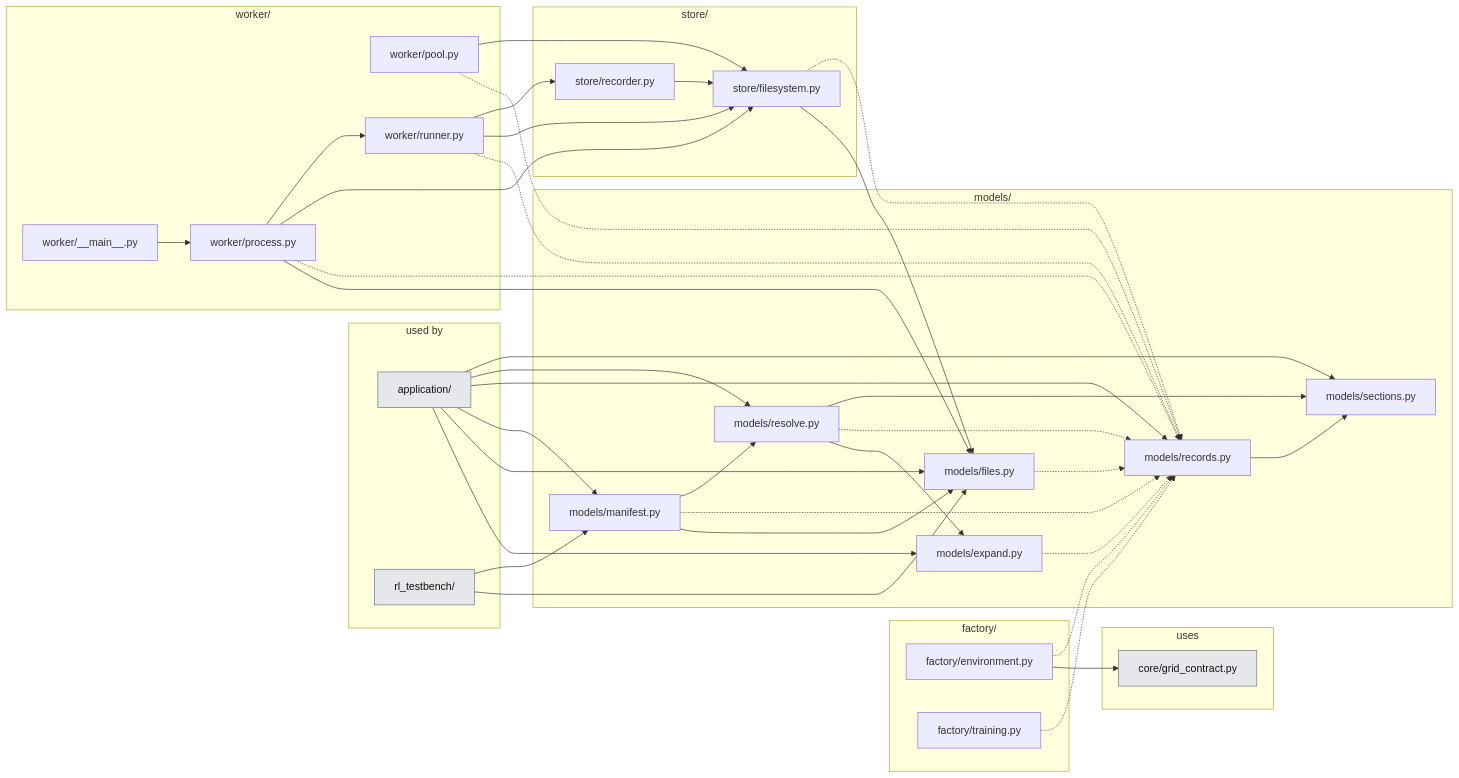
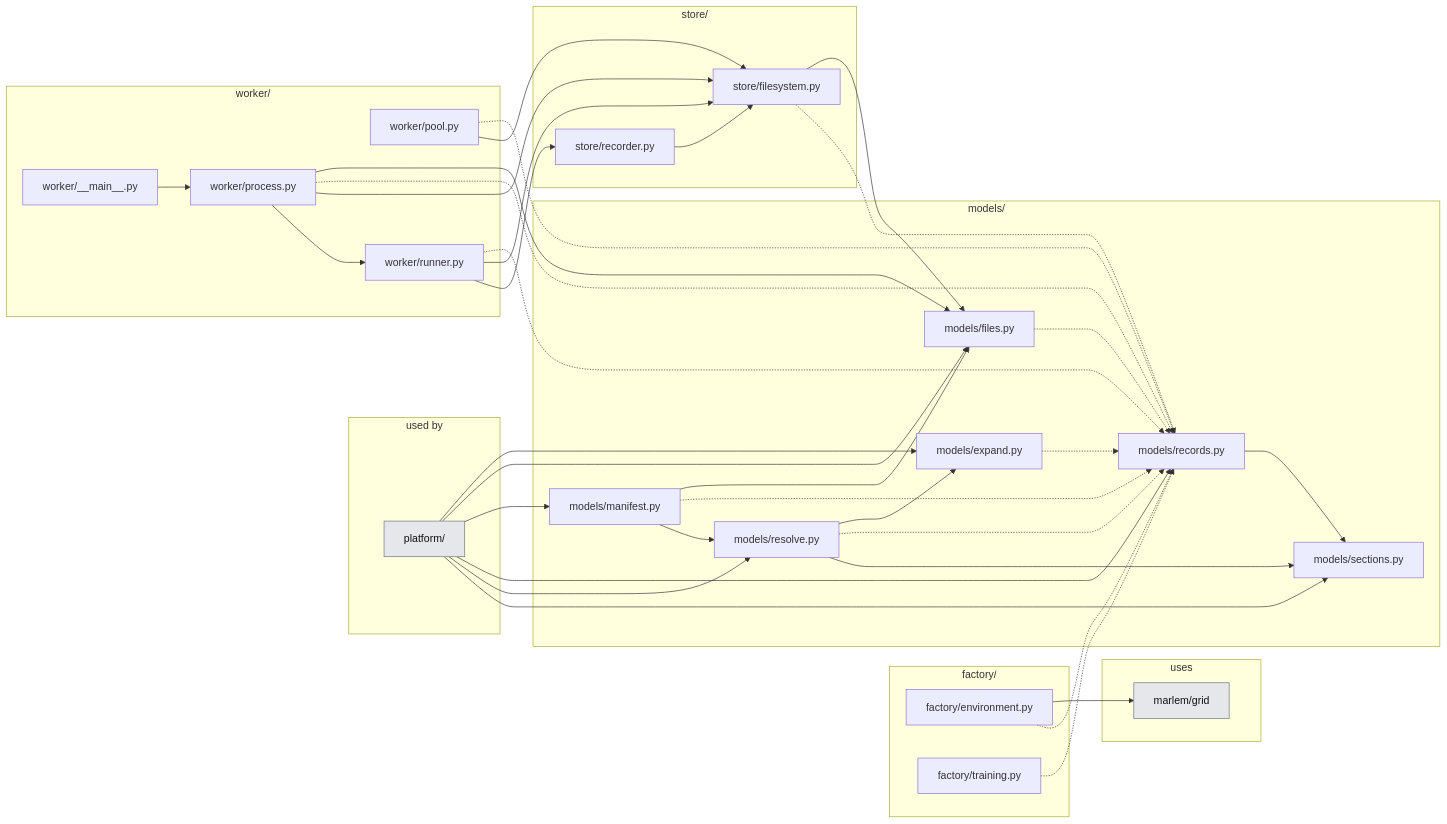
One commit to KevinRapo/P2P-thesis changed the second of 4 diagrams in docs_thesis/thesis/architecture/03-experiment-layer.md. Above: the diagram before and after it, drawn with Mermaid. The commit also changed other lines of this file and 21 other files, not shown here.

````diff
--- a/docs_thesis/thesis/architecture/03-experiment-layer.md
+++ b/docs_thesis/thesis/architecture/03-experiment-layer.md
@@ -45,66 +45,63 @@
 ```mermaid
 flowchart LR
   subgraph USERS["used by"]
-    n_application__users_["application/"]:::ext
-    n_rl_testbench__users_["rl_testbench/"]:::ext
+    n_platform__users_["platform/"]:::ext
   end
   subgraph g_factory["factory/"]
-    n_experiments_factory_environment["factory/environment.py"]
-    n_experiments_factory_training["factory/training.py"]
+    n_platform_experiments_factory_environment["factory/environment.py"]
+    n_platform_experiments_factory_training["factory/training.py"]
   end
   subgraph g_models["models/"]
-    n_experiments_models_expand["models/expand.py"]
-    n_experiments_models_files["models/files.py"]
-    n_experiments_models_manifest["models/manifest.py"]
-    n_experiments_models_records["models/records.py"]
-    n_experiments_models_resolve["models/resolve.py"]
-    n_experiments_models_sections["models/sections.py"]
+    n_platform_experiments_models_expand["models/expand.py"]
+    n_platform_experiments_models_files["models/files.py"]
+    n_platform_experiments_models_manifest["models/manifest.py"]
+    n_platform_experiments_models_records["models/records.py"]
+    n_platform_experiments_models_resolve["models/resolve.py"]
+    n_platform_experiments_models_sections["models/sections.py"]
   end
   subgraph g_store["store/"]
-    n_experiments_store_filesystem["store/filesystem.py"]
-    n_experiments_store_recorder["store/recorder.py"]
+    n_platform_experiments_store_filesystem["store/filesystem.py"]
+    n_platform_experiments_store_recorder["store/recorder.py"]
   end
   subgraph g_worker["worker/"]
-    n_experiments_worker___main__["worker/__main__.py"]
-    n_experiments_worker_pool["worker/pool.py"]
-    n_experiments_worker_process["worker/process.py"]
-    n_experiments_worker_runner["worker/runner.py"]
+    n_platform_experiments_worker___main__["worker/__main__.py"]
+    n_platform_experiments_worker_pool["worker/pool.py"]
+    n_platform_experiments_worker_process["worker/process.py"]
+    n_platform_experiments_worker_runner["worker/runner.py"]
   end
   subgraph USES["uses"]
-    n_core_grid_contract["core/grid_contract.py"]:::ext
+    n_marlem_grid["marlem/grid"]:::ext
   end
-  n_application__users_ --> n_experiments_models_expand
-  n_application__users_ --> n_experiments_models_files
-  n_application__users_ --> n_experiments_models_manifest
-  n_application__users_ --> n_experiments_models_records
-  n_application__users_ --> n_experiments_models_resolve
-  n_application__users_ --> n_experiments_models_sections
-  n_experiments_factory_environment --> n_core_grid_contract
-  n_experiments_factory_environment -.-> n_experiments_models_records
-  n_experiments_factory_training -.-> n_experiments_models_records
-  n_experiments_models_expand -.-> n_experiments_models_records
-  n_experiments_models_files -.-> n_experiments_models_records
-  n_experiments_models_manifest --> n_experiments_models_files
-  n_experiments_models_manifest -.-> n_experiments_models_records
-  n_experiments_models_manifest --> n_experiments_models_resolve
-  n_experiments_models_records --> n_experiments_models_sections
-  n_experiments_models_resolve --> n_experiments_models_expand
-  n_experiments_models_resolve -.-> n_experiments_models_records
-  n_experiments_models_resolve --> n_experiments_models_sections
-  n_experiments_store_filesystem --> n_experiments_models_files
-  n_experiments_store_filesystem -.-> n_experiments_models_records
-  n_experiments_store_recorder --> n_experiments_store_filesystem
-  n_experiments_worker___main__ --> n_experiments_worker_process
-  n_experiments_worker_pool -.-> n_experiments_models_records
-  n_experiments_worker_pool --> n_experiments_store_filesystem
-  n_experiments_worker_process --> n_experiments_models_files
-  n_experiments_worker_process -.-> n_experiments_models_records
-  n_experiments_worker_process --> n_experiments_store_filesystem
-  n_experiments_worker_process --> n_experiments_worker_runner
-  n_experiments_worker_runner -.-> n_experiments_models_records
-  n_experiments_worker_runner --> n_experiments_store_filesystem
-  n_experiments_worker_runner --> n_experiments_store_recorder
-  n_rl_testbench__users_ --> n_experiments_models_files
-  n_rl_testbench__users_ --> n_experiments_models_manifest
+  n_platform__users_ --> n_platform_experiments_models_expand
+  n_platform__users_ --> n_platform_experiments_models_files
+  n_platform__users_ --> n_platform_experiments_models_manifest
+  n_platform__users_ --> n_platform_experiments_models_records
+  n_platform__users_ --> n_platform_experiments_models_resolve
+  n_platform__users_ --> n_platform_experiments_models_sections
+  n_platform_experiments_factory_environment --> n_marlem_grid
+  n_platform_experiments_factory_environment -.-> n_platform_experiments_models_records
+  n_platform_experiments_factory_training -.-> n_platform_experiments_models_records
+  n_platform_experiments_models_expand -.-> n_platform_experiments_models_records
+  n_platform_experiments_models_files -.-> n_platform_experiments_models_records
+  n_platform_experiments_models_manifest --> n_platform_experiments_models_files
+  n_platform_experiments_models_manifest -.-> n_platform_experiments_models_records
+  n_platform_experiments_models_manifest --> n_platform_experiments_models_resolve
+  n_platform_experiments_models_records --> n_platform_experiments_models_sections
+  n_platform_experiments_models_resolve --> n_platform_experiments_models_expand
+  n_platform_experiments_models_resolve -.-> n_platform_experiments_models_records
+  n_platform_experiments_models_resolve --> n_platform_experiments_models_sections
+  n_platform_experiments_store_filesystem --> n_platform_experiments_models_files
+  n_platform_experiments_store_filesystem -.-> n_platform_experiments_models_records
+  n_platform_experiments_store_recorder --> n_platform_experiments_store_filesystem
+  n_platform_experiments_worker___main__ --> n_platform_experiments_worker_process
+  n_platform_experiments_worker_pool -.-> n_platform_experiments_models_records
+  n_platform_experiments_worker_pool --> n_platform_experiments_store_filesystem
+  n_platform_experiments_worker_process --> n_platform_experiments_models_files
+  n_platform_experiments_worker_process -.-> n_platform_experiments_models_records
+  n_platform_experiments_worker_process --> n_platform_experiments_store_filesystem
+  n_platform_experiments_worker_process --> n_platform_experiments_worker_runner
+  n_platform_experiments_worker_runner -.-> n_platform_experiments_models_records
+  n_platform_experiments_worker_runner --> n_platform_experiments_store_filesystem
+  n_platform_experiments_worker_runner --> n_platform_experiments_store_recorder
   classDef ext fill:#e5e7eb,stroke:#6b7280,color:#111
 ```
````
